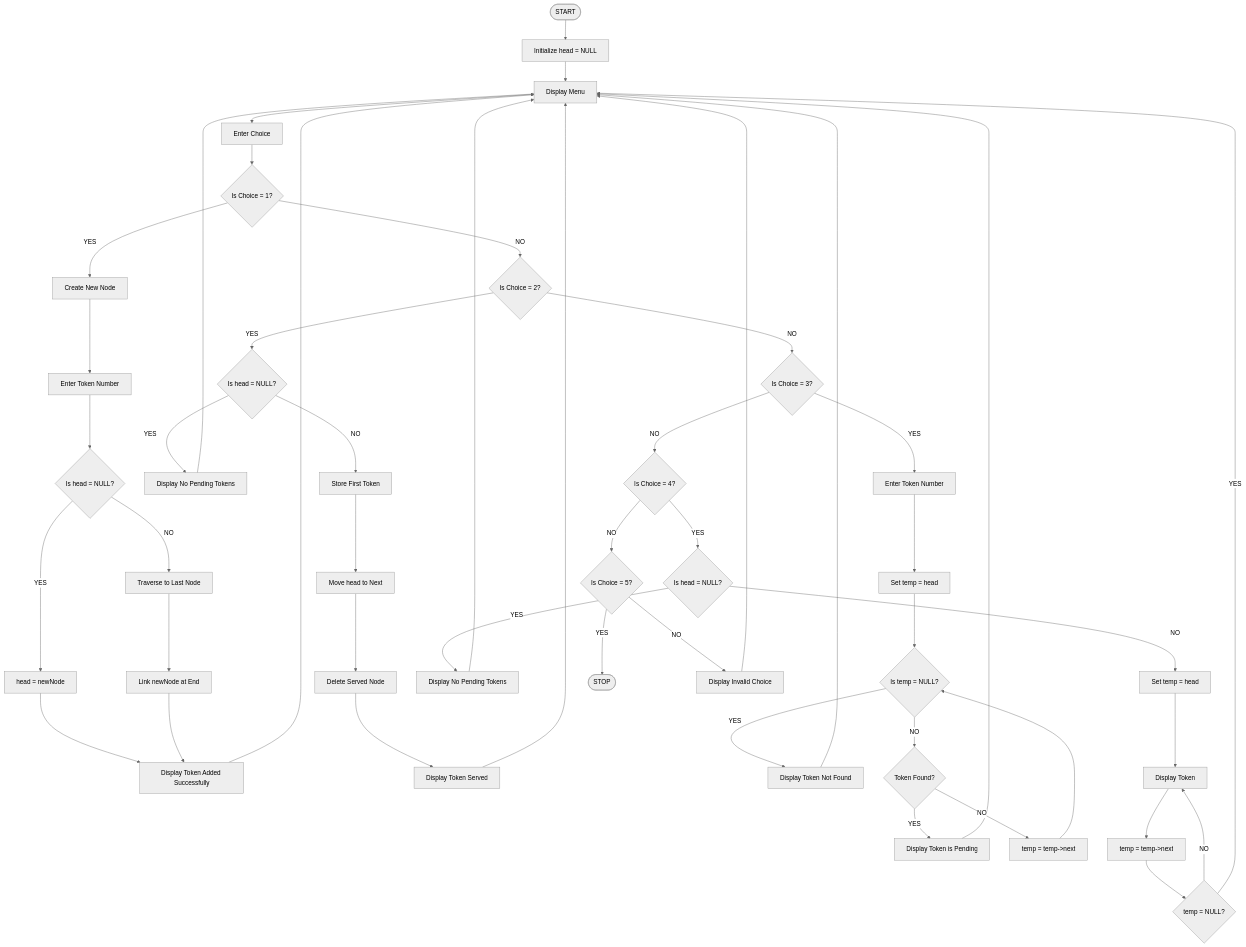
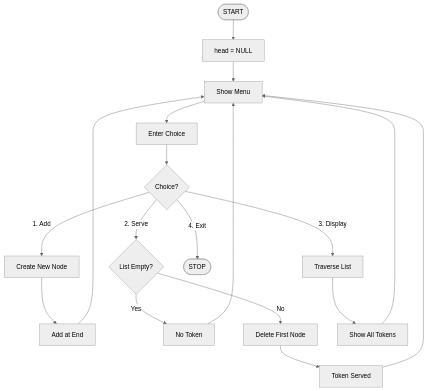
One commit to ritaljavale-bot/rital_javale changed the diagram in Project1/Flowchart/README.md. Above: the diagram before and after it, drawn with Mermaid (neutral theme).

````diff
--- a/Project1/Flowchart/README.md
+++ b/Project1/Flowchart/README.md
@@ -1,55 +1,26 @@
 ```mermaid
 flowchart TD
-    A([START]) --> B[Initialize head = NULL]
-    B --> C[Display Menu]
+    A([START]) --> B[head = NULL]
+    B --> C[Show Menu]
+
     C --> D[Enter Choice]
 
-    D --> E{Is Choice = 1?}
-    E -- YES --> F[Create New Node]
-    F --> G[Enter Token Number]
-    G --> H{Is head = NULL?}
-    H -- YES --> I[head = newNode]
-    H -- NO --> J[Traverse to Last Node]
-    J --> K[Link newNode at End]
-    I --> L[Display Token Added Successfully]
-    K --> L
-    L --> C
+    D --> E{Choice?}
+    
+    E -- 1. Add --> F[Create New Node]
+    F --> G[Add at End]
+    G --> C
 
-    E -- NO --> M{Is Choice = 2?}
-    M -- YES --> N{Is head = NULL?}
-    N -- YES --> O[Display No Pending Tokens]
-    N -- NO --> P[Store First Token]
-    P --> Q[Move head to Next]
-    Q --> R[Delete Served Node]
-    R --> S[Display Token Served]
-    O --> C
-    S --> C
+    E -- 2. Serve --> H{List Empty?}
+    H -- Yes --> I[No Token]
+    H -- No --> J[Delete First Node]
+    J --> K[Token Served]
+    I --> C
+    K --> C
 
-    M -- NO --> T{Is Choice = 3?}
-    T -- YES --> U[Enter Token Number]
-    U --> V[Set temp = head]
-    V --> W{Is temp = NULL?}
-    W -- YES --> X[Display Token Not Found]
-    W -- NO --> Y{Token Found?}
-    Y -- YES --> Z[Display Token is Pending]
-    Y -- NO --> AA[temp = temp->next]
-    AA --> W
-    X --> C
-    Z --> C
+    E -- 3. Display --> L[Traverse List]
+    L --> M[Show All Tokens]
+    M --> C
 
-    T -- NO --> AB{Is Choice = 4?}
-    AB -- YES --> AC{Is head = NULL?}
-    AC -- YES --> AD[Display No Pending Tokens]
-    AC -- NO --> AE[Set temp = head]
-    AE --> AF[Display Token]
-    AF --> AG[temp = temp->next]
-    AG --> AH{temp = NULL?}
-    AH -- NO --> AF
-    AH -- YES --> C
-    AD --> C
-
-    AB -- NO --> AI{Is Choice = 5?}
-    AI -- YES --> AJ([STOP])
-    AI -- NO --> AK[Display Invalid Choice]
-    AK --> C
+    E -- 4. Exit --> N([STOP])
 ```
````
